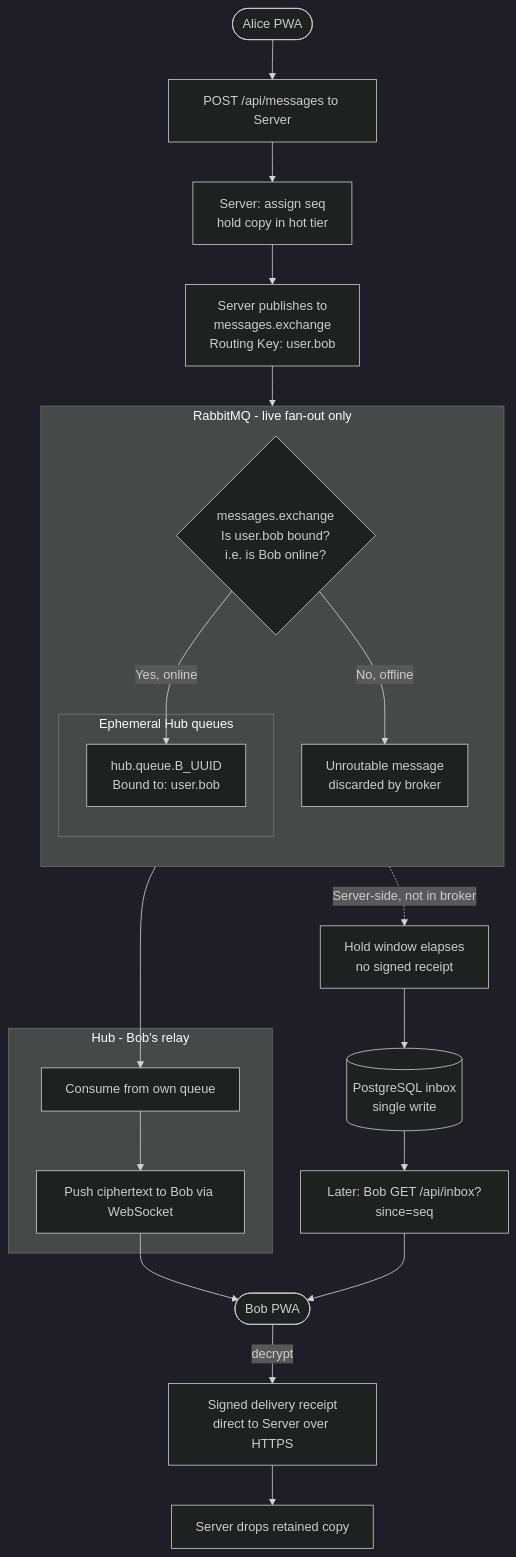
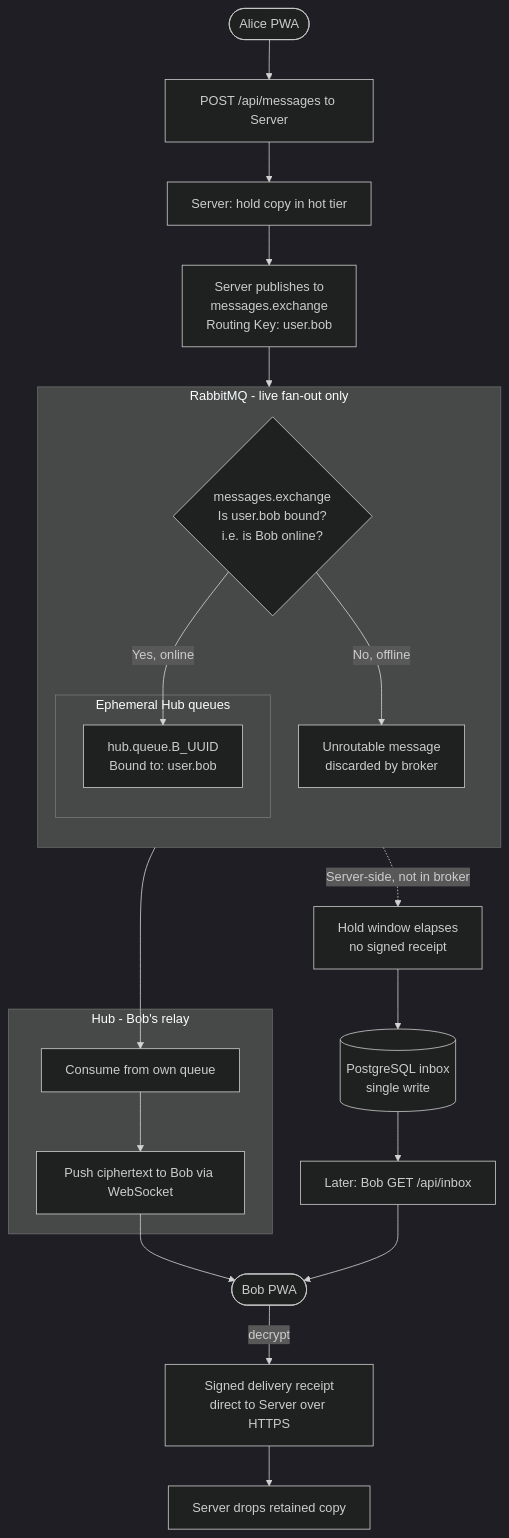
One commit to olshanskyev/fourletters-meta changed the diagram in doc/algorithms/rabbitmq-exchange.md. Above: the diagram before and after it, drawn with Mermaid (dark theme). The commit also changed other lines of this file and 6 other files, not shown here.

````diff
--- a/doc/algorithms/rabbitmq-exchange.md
+++ b/doc/algorithms/rabbitmq-exchange.md
@@ -53,40 +53,40 @@
 ```mermaid
 flowchart TD
     Start([Alice PWA])
     Send[POST /api/messages to Server]
-    ServerAccept[Server: assign seq<br/>hold copy in hot tier]
+    ServerAccept[Server: hold copy in hot tier]
     Publish[Server publishes to<br/>messages.exchange<br/>Routing Key: user.bob]
 
     subgraph RabbitMQ [RabbitMQ - live fan-out only]
         direction TB
         MainExchange{messages.exchange<br/>Is user.bob bound?<br/>i.e. is Bob online?}
         subgraph HubQueues [Ephemeral Hub queues]
             HubBQueue[hub.queue.B_UUID<br/>Bound to: user.bob]
         end
         Discard[Unroutable message<br/>discarded by broker]
     end
 
     subgraph Hub [Hub - Bob's relay]
         Consume[Consume from own queue]
         PushWS[Push ciphertext to Bob via WebSocket]
     end
 
     Bob([Bob PWA])
     Receipt[Signed delivery receipt<br/>direct to Server over HTTPS]
     ServerDrop[Server drops retained copy]
     HoldExpire[Hold window elapses<br/>no signed receipt]
     DB[(PostgreSQL inbox<br/>single write)]
-    Sync[Later: Bob GET /api/inbox?since=seq]
+    Sync[Later: Bob GET /api/inbox]
 
     Start --> Send --> ServerAccept --> Publish --> MainExchange
 
     %% Online path
     MainExchange -- Yes, online --> HubBQueue --> Consume --> PushWS --> Bob
     Bob -- decrypt --> Receipt --> ServerDrop
 
     %% Offline path
     MainExchange -- No, offline --> Discard
     Discard -. Server-side, not in broker .-> HoldExpire
     HoldExpire --> DB
     DB --> Sync --> Bob
 ```
````
